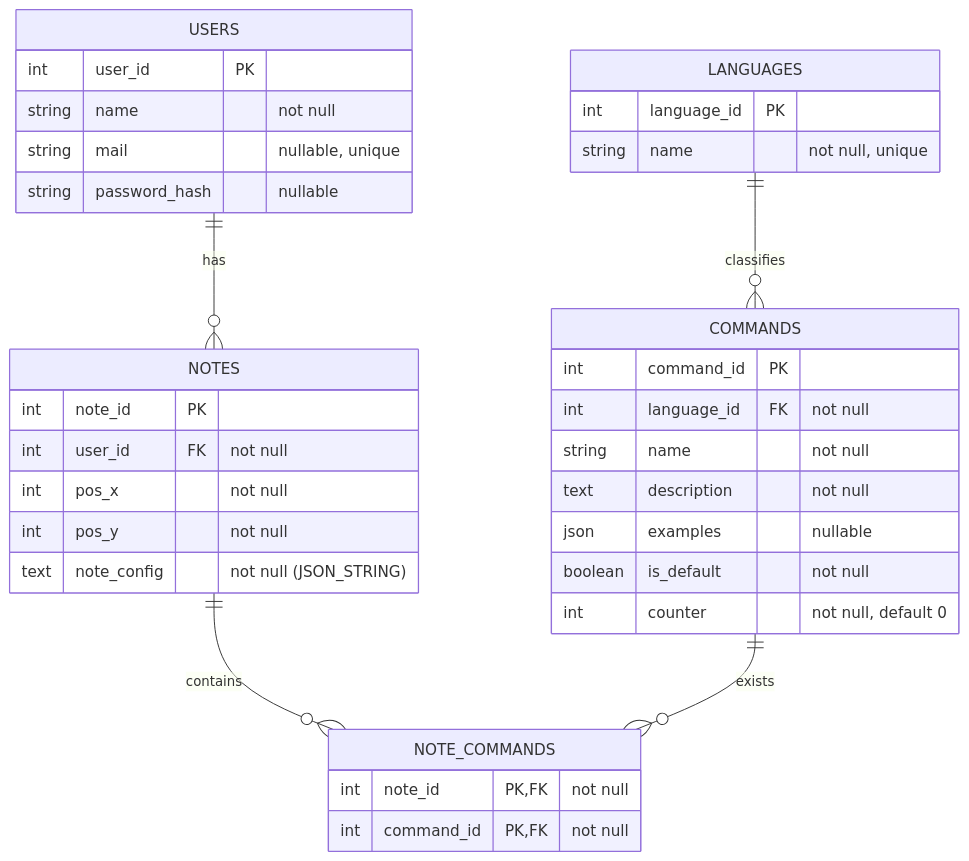
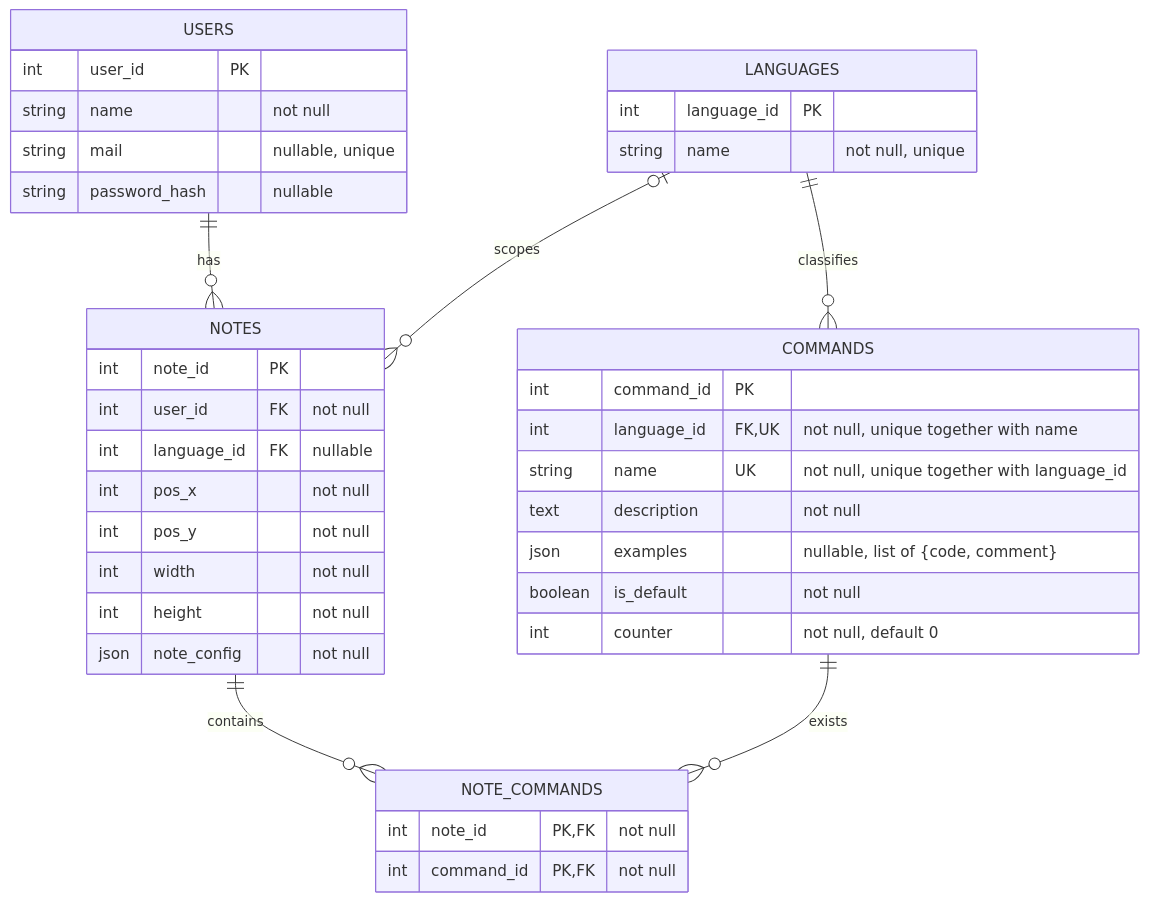
Before and after one commit to gboudon-dev/cheat-sheet: the second of 5 diagrams in README.md, drawn with Mermaid. The commit also changed other lines of this file, not shown here.

Commit message:
docs(readme): align requirements and diagrams with the current implementation

````diff
--- a/README.md
+++ b/README.md
@@ -184,42 +213,46 @@
 ```mermaid
 erDiagram
     USERS {
         int user_id PK
         string name "not null"
         string mail "nullable, unique"
         string password_hash "nullable"
     }
 
     NOTES {
         int note_id PK
         int user_id FK "not null"
+        int language_id FK "nullable"
         int pos_x "not null"
         int pos_y "not null"
-        text note_config "not null (JSON_STRING)"
+        int width "not null"
+        int height "not null"
+        json note_config "not null"
     }
 
     NOTE_COMMANDS {
         int note_id PK,FK "not null"
         int command_id PK,FK "not null"
     }
 
     COMMANDS {
         int command_id PK
-        int language_id FK "not null"
-        string name "not null"
+        int language_id FK,UK "not null, unique together with name"
+        string name UK "not null, unique together with language_id"
         text description "not null"
-        json examples "nullable"
+        json examples "nullable, list of {code, comment}"
         boolean is_default "not null"
         int counter "not null, default 0"
     }
 
     LANGUAGES {
         int language_id PK
         string name "not null, unique"
     }
 
     USERS ||--o{ NOTES : "has"
     NOTES ||--o{ NOTE_COMMANDS : "contains"
     COMMANDS ||--o{ NOTE_COMMANDS : "exists"    
     LANGUAGES ||--o{ COMMANDS : "classifies"
+    LANGUAGES |o--o{ NOTES : "scopes"
 ```
````
